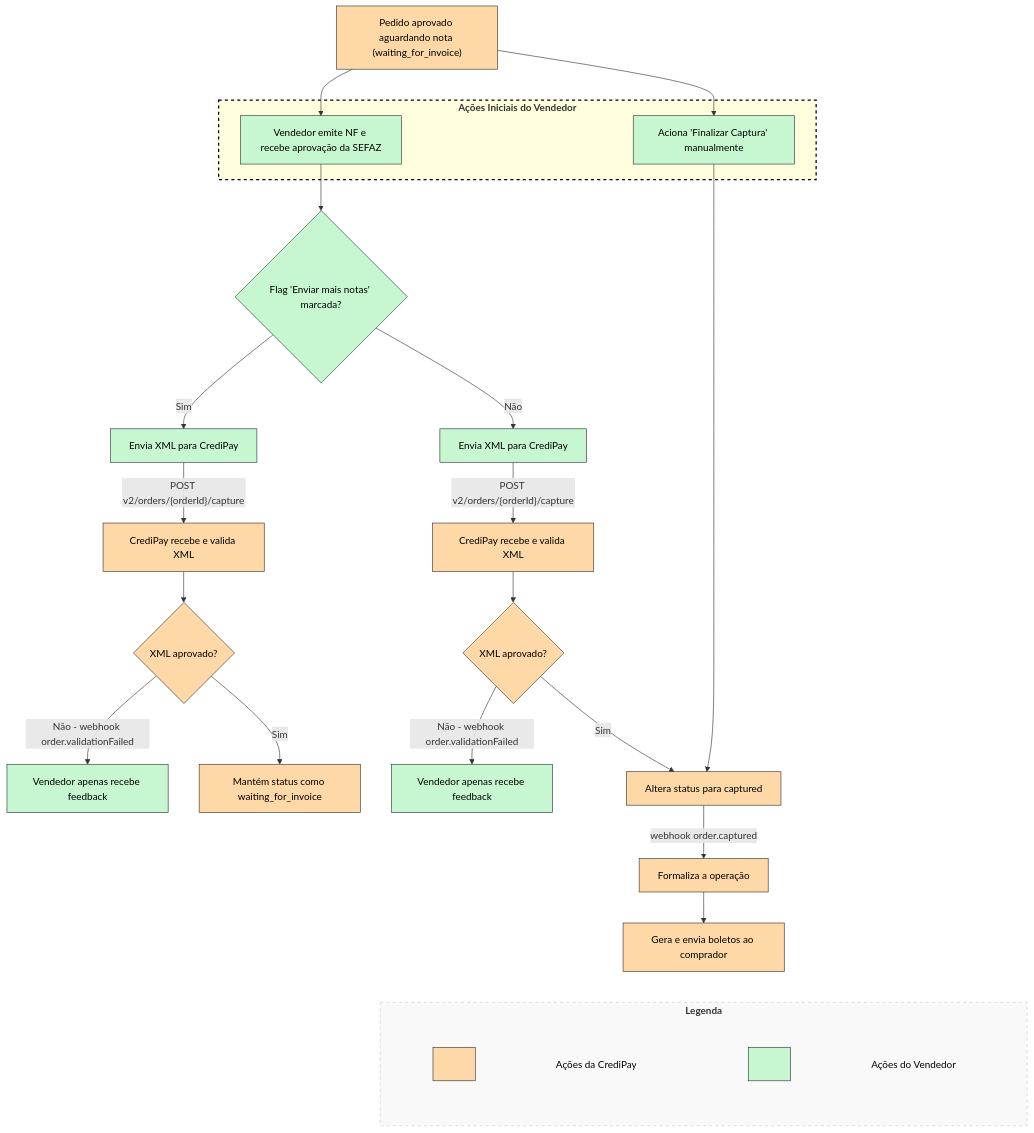
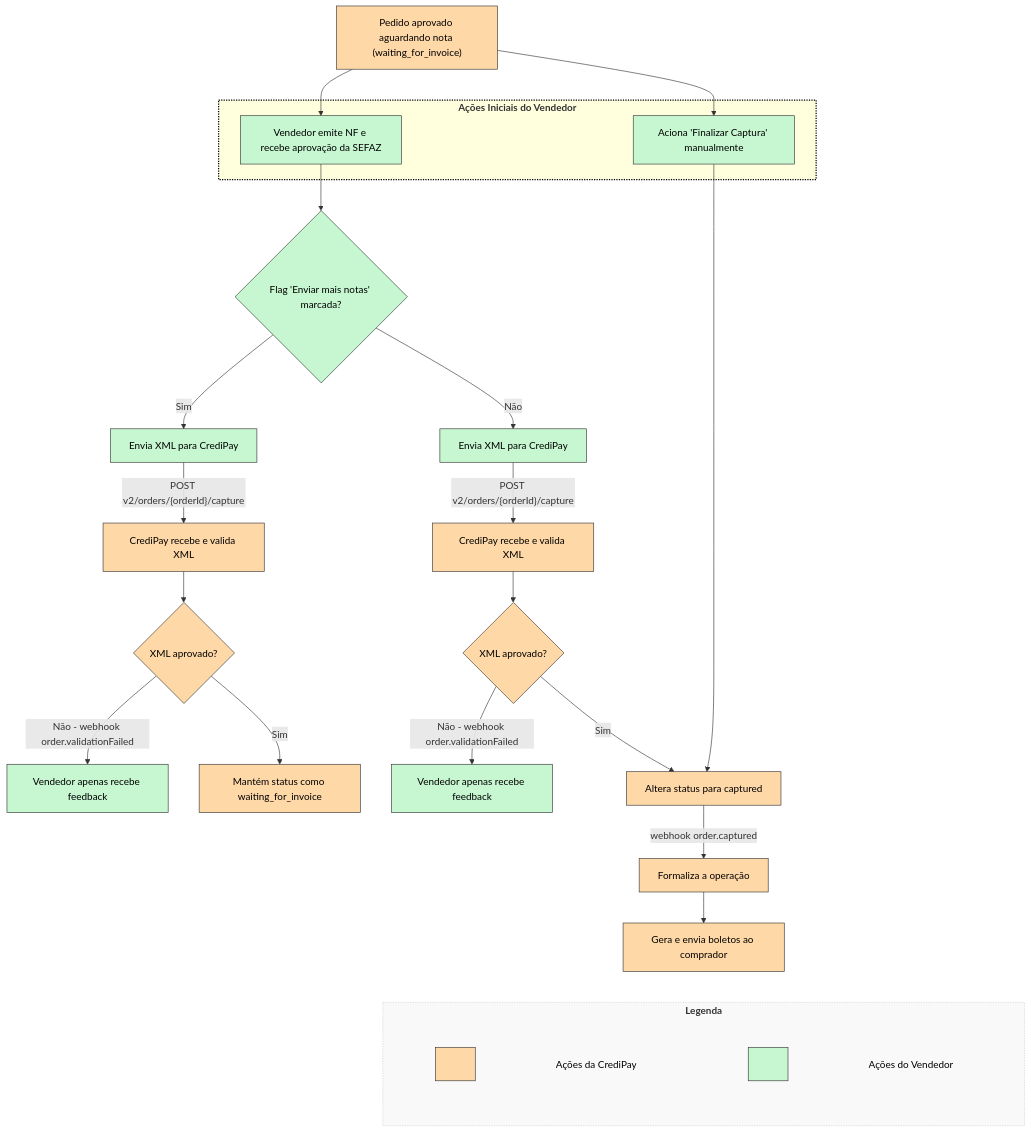
Before and after one commit to credix-finance/credipay-rdme-docs: the diagram in docs/INTEGRAÇÃO COMPLETA/módulos-de-integração-1/adicional-múltiplas-notas-fiscais-por-pedido.md, drawn with Mermaid.

Commit message:
Update doc `adicional-múltiplas-notas-fiscais-por-pedido`

````diff
--- a/docs/INTEGRAÇÃO COMPLETA/módulos-de-integração-1/adicional-múltiplas-notas-fiscais-por-pedido.md
+++ b/docs/INTEGRAÇÃO COMPLETA/módulos-de-integração-1/adicional-múltiplas-notas-fiscais-por-pedido.md
@@ -53,13 +53,13 @@
         %% Linha 1: Vendedor (invisível, força alinhamento horizontal)
         subgraph row1 [" "]
             direction LR
-            b1["&nbsp;&nbsp;"]:::vendedor ~~~ t1["Ações do Vendedor"]:::textoLegenda
+            b1["&nbsp;"]:::vendedor ~~~ t1["Ações do Vendedor"]:::textoLegenda
         end
         
         %% Linha 2: CrediPay (invisível, força alinhamento horizontal)
         subgraph row2 [" "]
             direction LR
-            b2["&nbsp;&nbsp;"]:::credipay ~~~ t2["Ações da CrediPay"]:::textoLegenda
+            b2["&nbsp;"]:::credipay ~~~ t2["Ações da CrediPay"]:::textoLegenda
         end
     end
 
@@ -90,6 +90,6 @@
     style row1 fill:none,stroke:none
     style row2 fill:none,stroke:none
     
-    style Legenda fill:#f9f9f9,stroke:#ccc,stroke-width:1px,stroke-dasharray: 5 5
-    style s1 stroke:#000000,stroke-width:2px,stroke-dasharray: 5 5
+    style Legenda fill:#f9f9f9,stroke:#ccc,stroke-width:1px,stroke-dasharray: 2 2
+    style s1 stroke:#000000,stroke-width:2px,stroke-dasharray: 2 2
 ```
````
